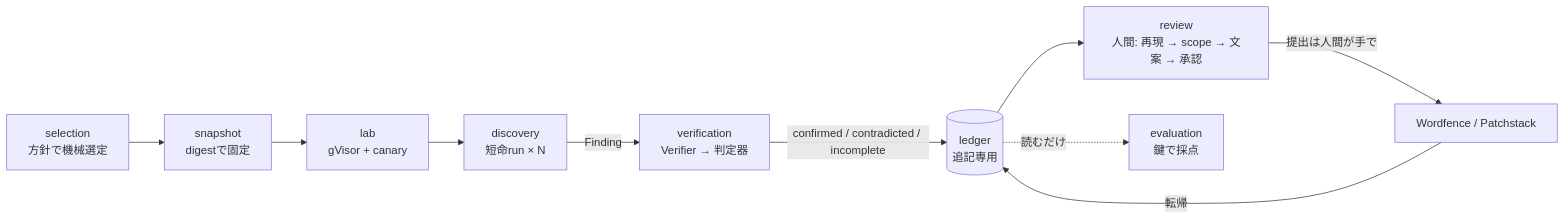
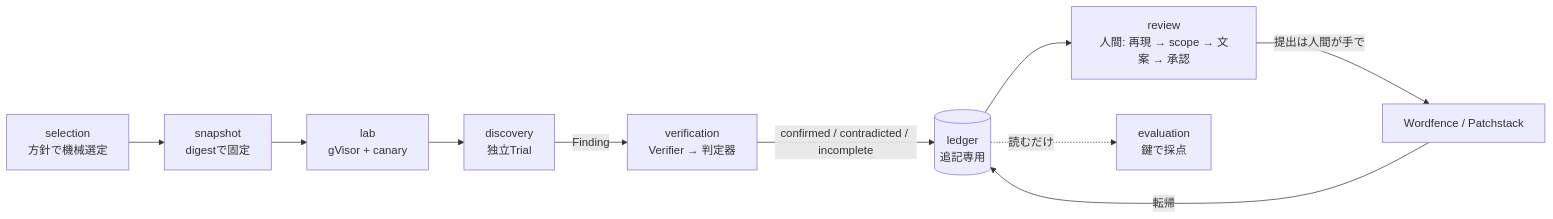
The diagram in docs/DESIGN-WALKTHROUGH.md (momoponwork1415-lgtm/wordpress-bounty-harness), drawn with Mermaid before and after one commit. The commit also changed other lines of this file and 12 other files, not shown here.

````diff
--- a/docs/DESIGN-WALKTHROUGH.md
+++ b/docs/DESIGN-WALKTHROUGH.md
@@ -15,12 +15,12 @@
 ```mermaid
 flowchart LR
   S[selection<br/>方針で機械選定] --> N[snapshot<br/>digestで固定]
   N --> L[lab<br/>gVisor + canary]
-  L --> D[discovery<br/>短命run × N]
+  L --> D[discovery<br/>独立Trial]
   D -->|Finding| V[verification<br/>Verifier → 判定器]
   V -->|confirmed / contradicted / incomplete| G[(ledger<br/>追記専用)]
   G --> R[review<br/>人間: 再現 → scope → 文案 → 承認]
   R -->|提出は人間が手で| P[Wordfence / Patchstack]
   P -->|転帰| G
   G -.読むだけ.-> E[evaluation<br/>鍵で採点]
 ```
````
